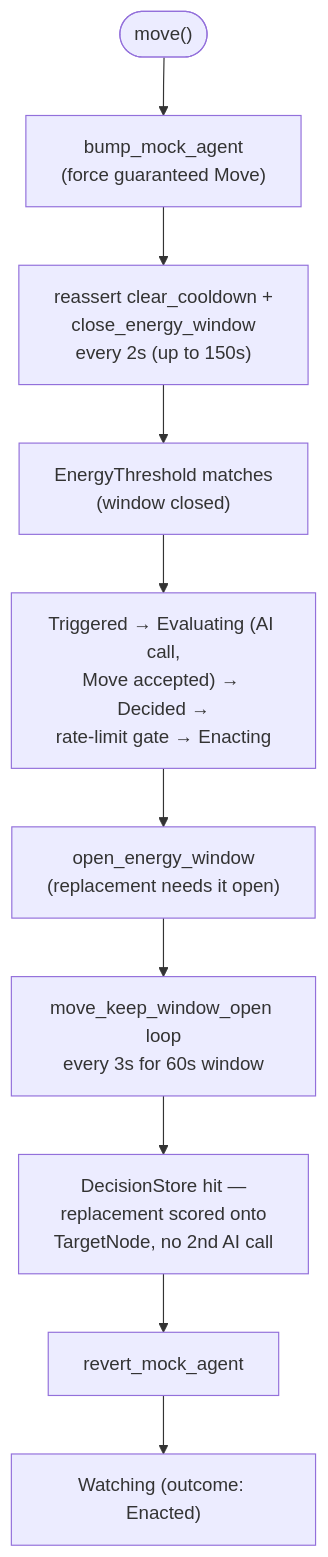
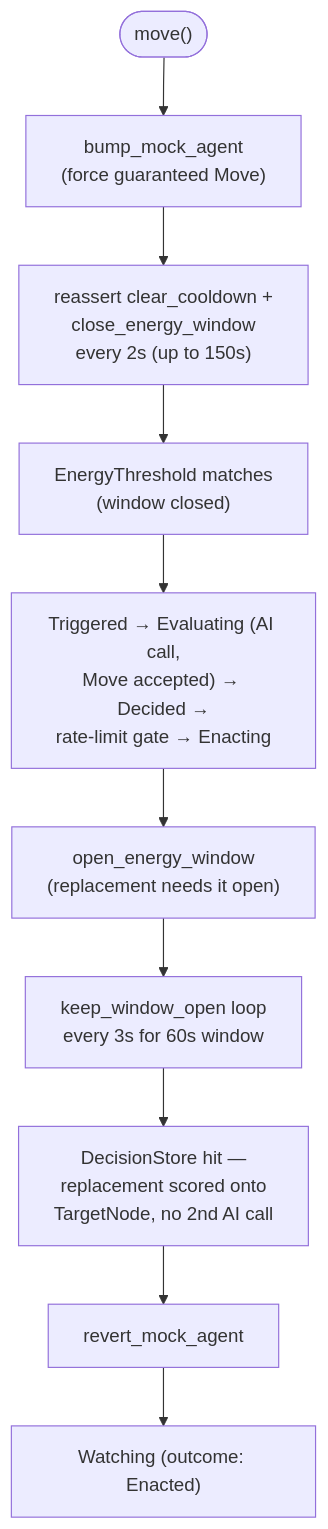
Diagram 26 of 28 in internal/rebalance/README.md (HIRO-MicroDataCenters-BV/hiro-adaptive-orchestrator), drawn with Mermaid before and after one commit. The commit also changed other lines of this file and 1 other file, not shown here.

````diff
--- a/internal/rebalance/README.md
+++ b/internal/rebalance/README.md
@@ -1009,12 +1022,12 @@
 ```mermaid
 flowchart TD
     Start(["move()"]) --> Bump["bump_mock_agent<br/>(force guaranteed Move)"]
     Bump --> CloseLoop["reassert clear_cooldown +<br/>close_energy_window<br/>every 2s (up to 150s)"]
     CloseLoop --> Trigger["EnergyThreshold matches<br/>(window closed)"]
     Trigger --> Cycle1["Triggered → Evaluating (AI call,<br/>Move accepted) → Decided →<br/>rate-limit gate → Enacting"]
     Cycle1 --> Open["open_energy_window<br/>(replacement needs it open)"]
-    Open --> KeepOpen["move_keep_window_open loop<br/>every 3s for 60s window"]
+    Open --> KeepOpen["keep_window_open loop<br/>every 3s for 60s window"]
     KeepOpen --> Store["DecisionStore hit —<br/>replacement scored onto<br/>TargetNode, no 2nd AI call"]
     Store --> Revert["revert_mock_agent"]
     Revert --> Cycle2["Watching (outcome: Enacted)"]
 ```
````
